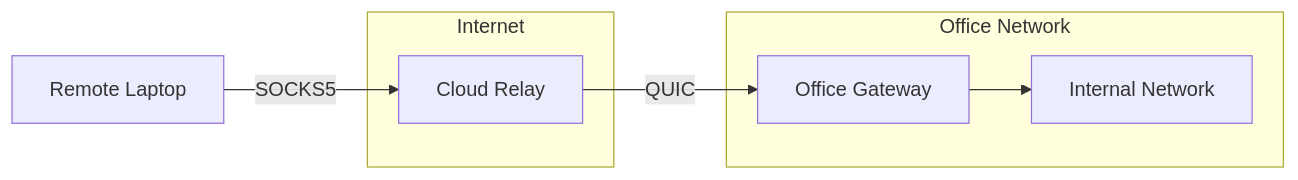
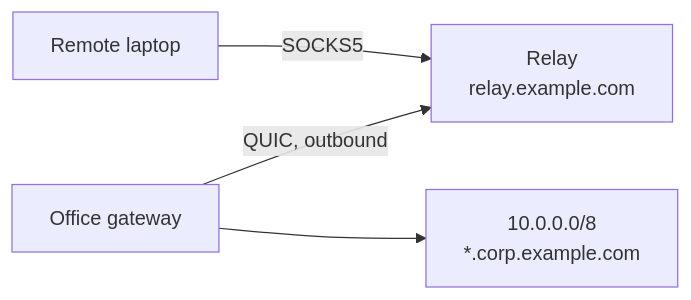
Before and after one commit to Muti-Metroo/Muti-Metroo: the first of 4 diagrams in docs/docs/deployment/scenarios.md, drawn with Mermaid. The commit also changed other lines of this file and 156 other files, not shown here.

````diff
--- a/docs/docs/deployment/scenarios.md
+++ b/docs/docs/deployment/scenarios.md
@@ -30,15 +29,6 @@
 ```mermaid
 flowchart LR
-    subgraph Internet
-        Cloud[Cloud Relay]
-    end
-
-    subgraph Office[Office Network]
-        Gateway[Office Gateway]
-        Internal[Internal Network]
-    end
-
-    Laptop[Remote Laptop] -->|SOCKS5| Cloud
-    Cloud -->|QUIC| Gateway
-    Gateway --> Internal
+    Laptop[Remote laptop] -->|SOCKS5| Relay[Relay<br/>relay.example.com]
+    Office[Office gateway] -->|QUIC, outbound| Relay
+    Office --> Internal[10.0.0.0/8<br/>*.corp.example.com]
 ```
````
